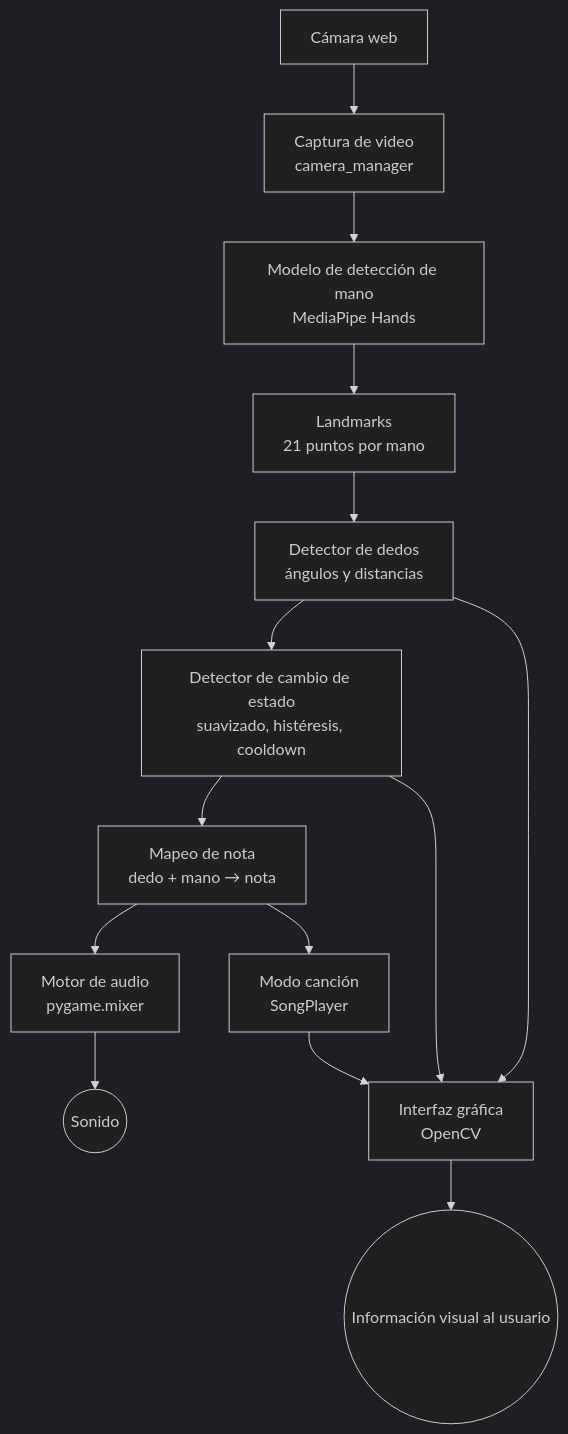
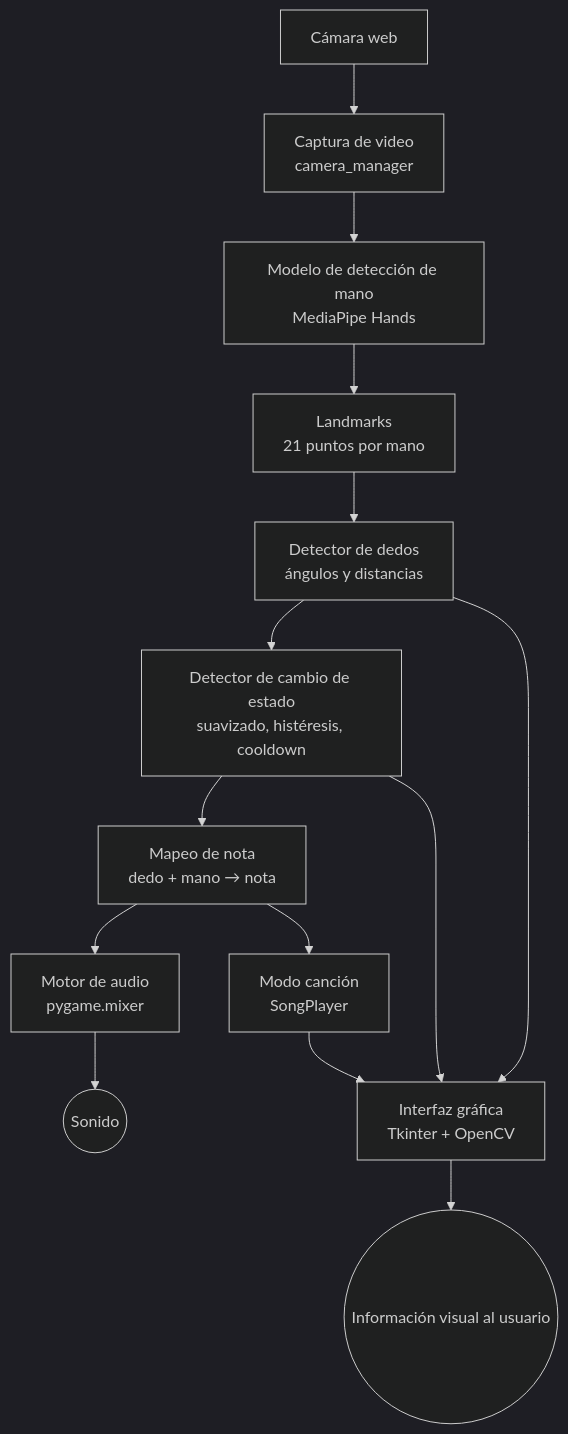
Before and after one commit to AndiLinUnab/FingerMusic: the diagram in README.md, drawn with Mermaid (dark theme). The commit also changed other lines of this file and 4 other files, not shown here.

````diff
--- a/README.md
+++ b/README.md
@@ -57,16 +57,16 @@
 ```mermaid
 flowchart TD
     CAM[Cámara web] --> CAP[Captura de video<br/>camera_manager]
     CAP --> MODEL[Modelo de detección de mano<br/>MediaPipe Hands]
     MODEL --> LM[Landmarks<br/>21 puntos por mano]
     LM --> FD[Detector de dedos<br/>ángulos y distancias]
     FD --> ST[Detector de cambio de estado<br/>suavizado, histéresis, cooldown]
     ST --> MAP[Mapeo de nota<br/>dedo + mano → nota]
     MAP --> AUD[Motor de audio<br/>pygame.mixer]
     AUD --> SND((Sonido))
     MAP --> SONG[Modo canción<br/>SongPlayer]
-    FD --> UI[Interfaz gráfica<br/>OpenCV]
+    FD --> UI[Interfaz gráfica<br/>Tkinter + OpenCV]
     ST --> UI
     SONG --> UI
     UI --> USER((Información visual al usuario))
 ```
````
